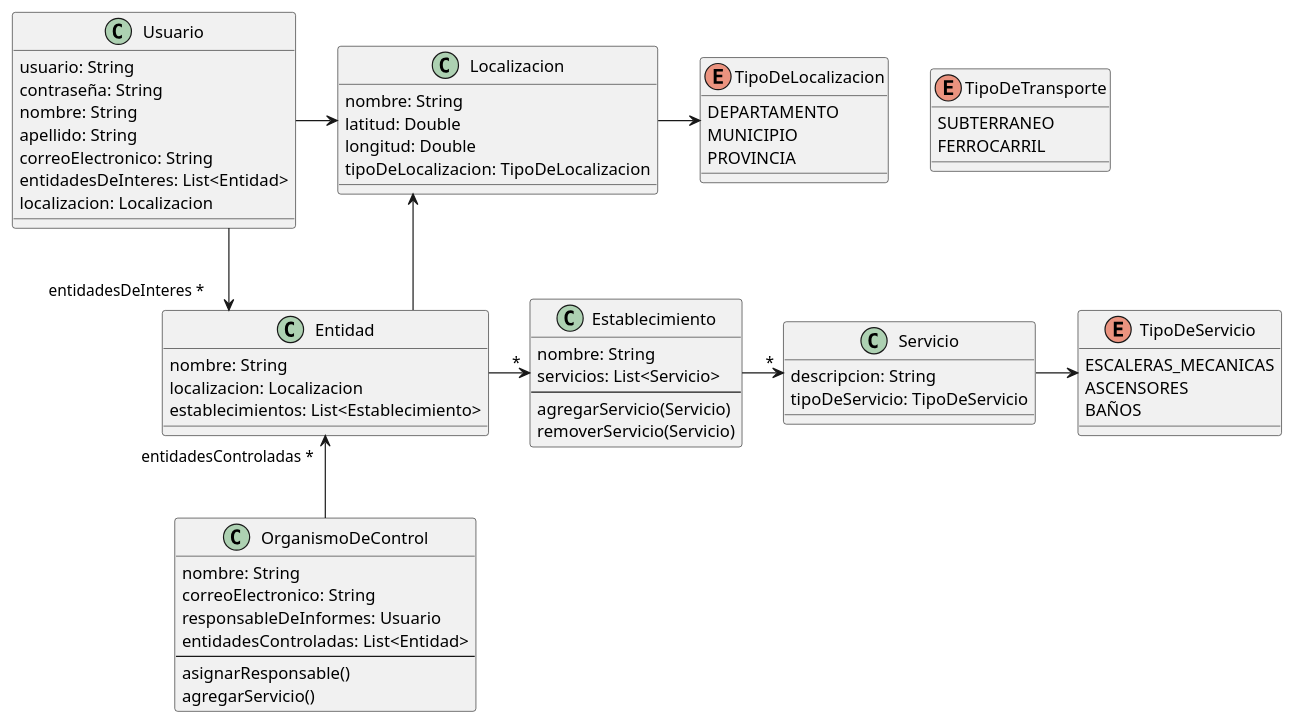
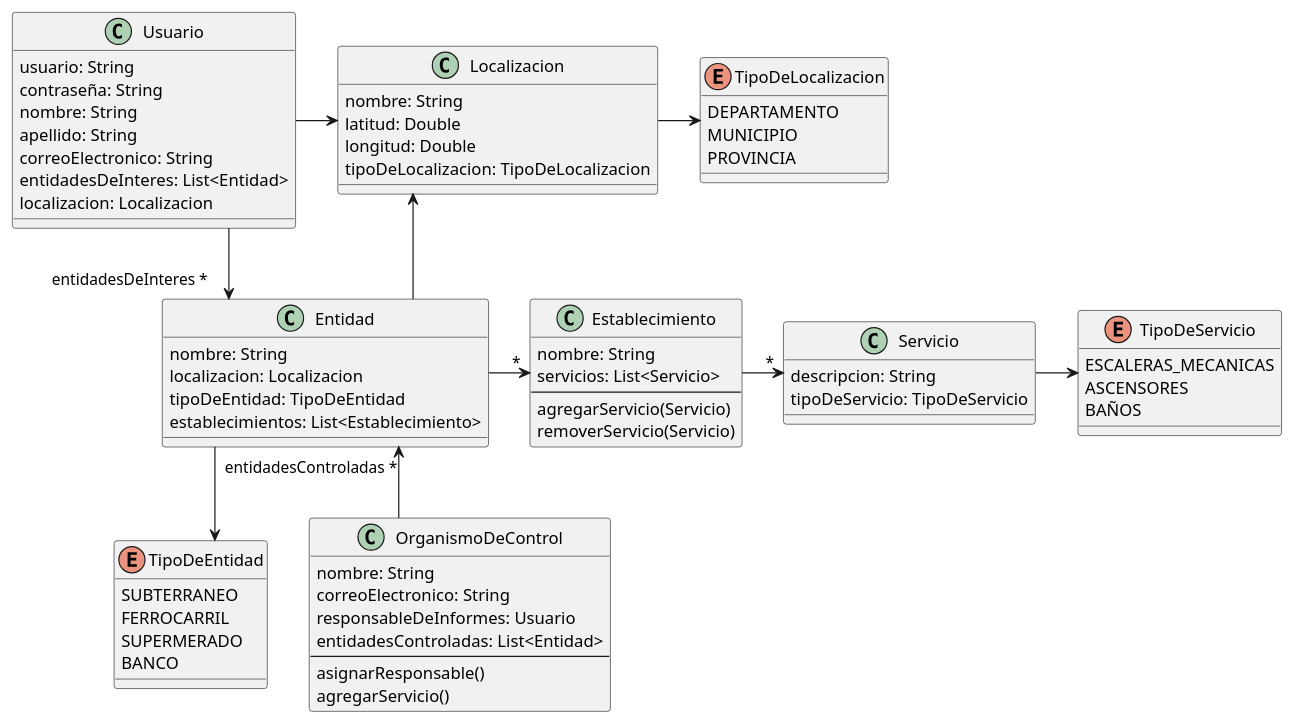
The diagram in docs/entrega-2/clases.puml (ValenAquino/tp-dds-2023), drawn with PlantUML before and after one commit. The commit also changed 3 other files, not shown here.

Commit message:
feat(TipoDeTransporte): convertir a TipoDeEntidad

```diff
--- a/docs/entrega-2/clases.puml
+++ b/docs/entrega-2/clases.puml
@@ -1,97 +1,101 @@
 @startuml TPA2-Clases
 skinparam linetype ortho
 
 ' Supermercado, Centro Comunal, Banco, ...
 class Entidad {
   nombre: String
   localizacion: Localizacion
+  tipoDeEntidad: TipoDeEntidad
   establecimientos: List<Establecimiento>
 }
 
 ' Sucursal, Estacion, ...
 class Establecimiento {
   nombre: String
   servicios: List<Servicio>
   --
   agregarServicio(Servicio)
   removerServicio(Servicio)
 }
 
 class Servicio {
   descripcion: String
   tipoDeServicio: TipoDeServicio
 }
 
 enum TipoDeServicio {
   ESCALERAS_MECANICAS
   ASCENSORES
   BAÑOS
 }
 
-enum TipoDeTransporte {
+enum TipoDeEntidad {
   SUBTERRANEO
   FERROCARRIL
+  SUPERMERADO
+  BANCO
 }
 
 class Usuario {
   usuario: String
   contraseña: String
   nombre: String
   apellido: String
   correoElectronico: String
   entidadesDeInteres: List<Entidad>
   localizacion: Localizacion
   ' membresias: List<Membresia>
 }
 
 class Localizacion {
   nombre: String
   latitud: Double
   longitud: Double
   tipoDeLocalizacion: TipoDeLocalizacion
 }
 
 enum TipoDeLocalizacion {
   DEPARTAMENTO
   MUNICIPIO
   PROVINCIA
 }
 
 class OrganismoDeControl {
   nombre: String
   correoElectronico: String
   responsableDeInformes: Usuario
   entidadesControladas: List<Entidad>
   --
   asignarResponsable()
   agregarServicio()
 }
 
 Entidad ->"*" Establecimiento
+Entidad --> TipoDeEntidad
 Establecimiento ->"*" Servicio
 Servicio -> TipoDeServicio
 Usuario -->"entidadesDeInteres *" Entidad
 Usuario -> Localizacion
 Localizacion <- Entidad
 Localizacion -> TipoDeLocalizacion
 Entidad "entidadesControladas *"<-- OrganismoDeControl
 
 /'
 
 class Comunidad {
   --
   crearServicio()
 }
 
 class Membresia {
   comunidad: Comunidad
   esAdministrador: Boolean
 }
 
 Comunidad ..> Servicio
 Usuario --> Membresia
 Comunidad <- Membresia
 
 '/
 
 @enduml
```
